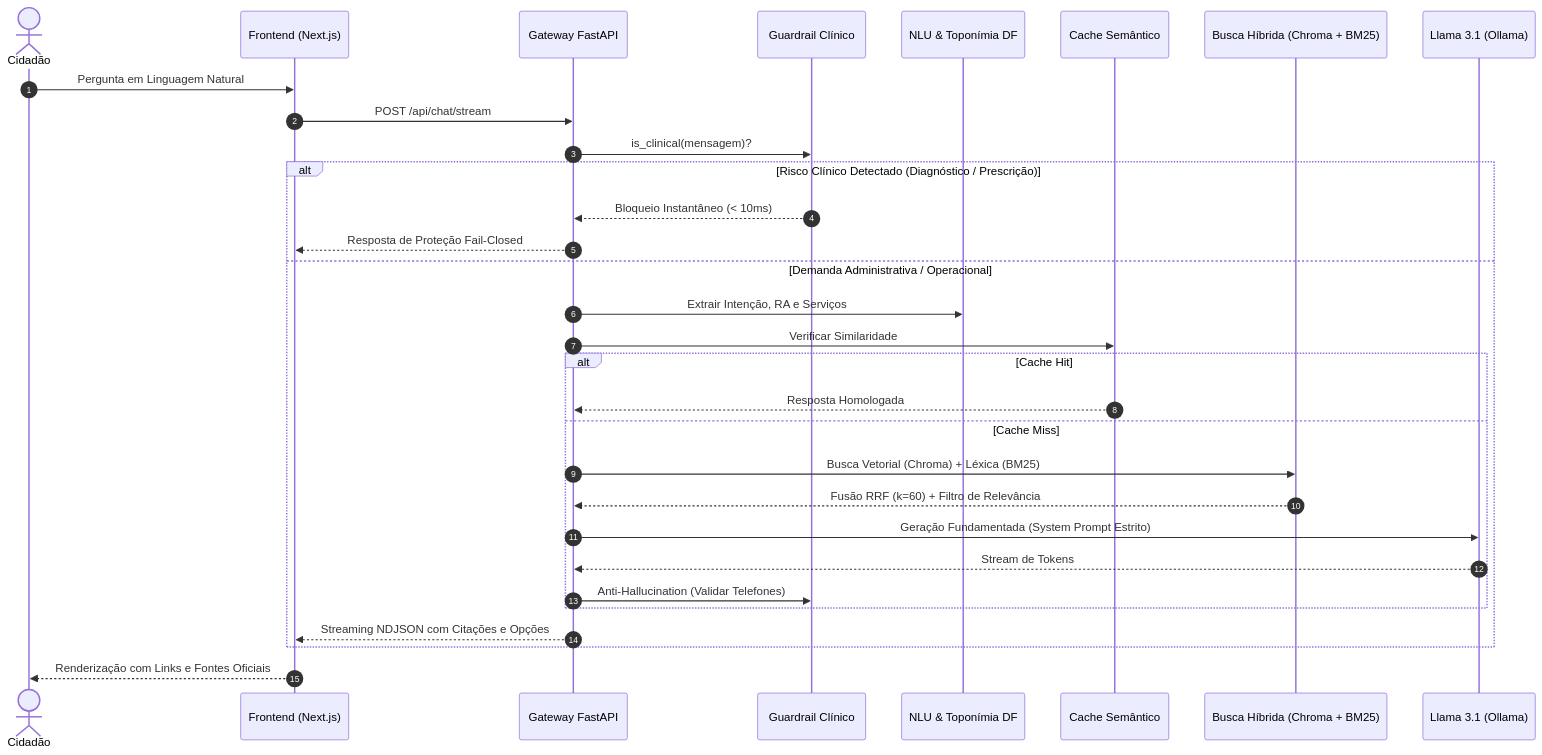
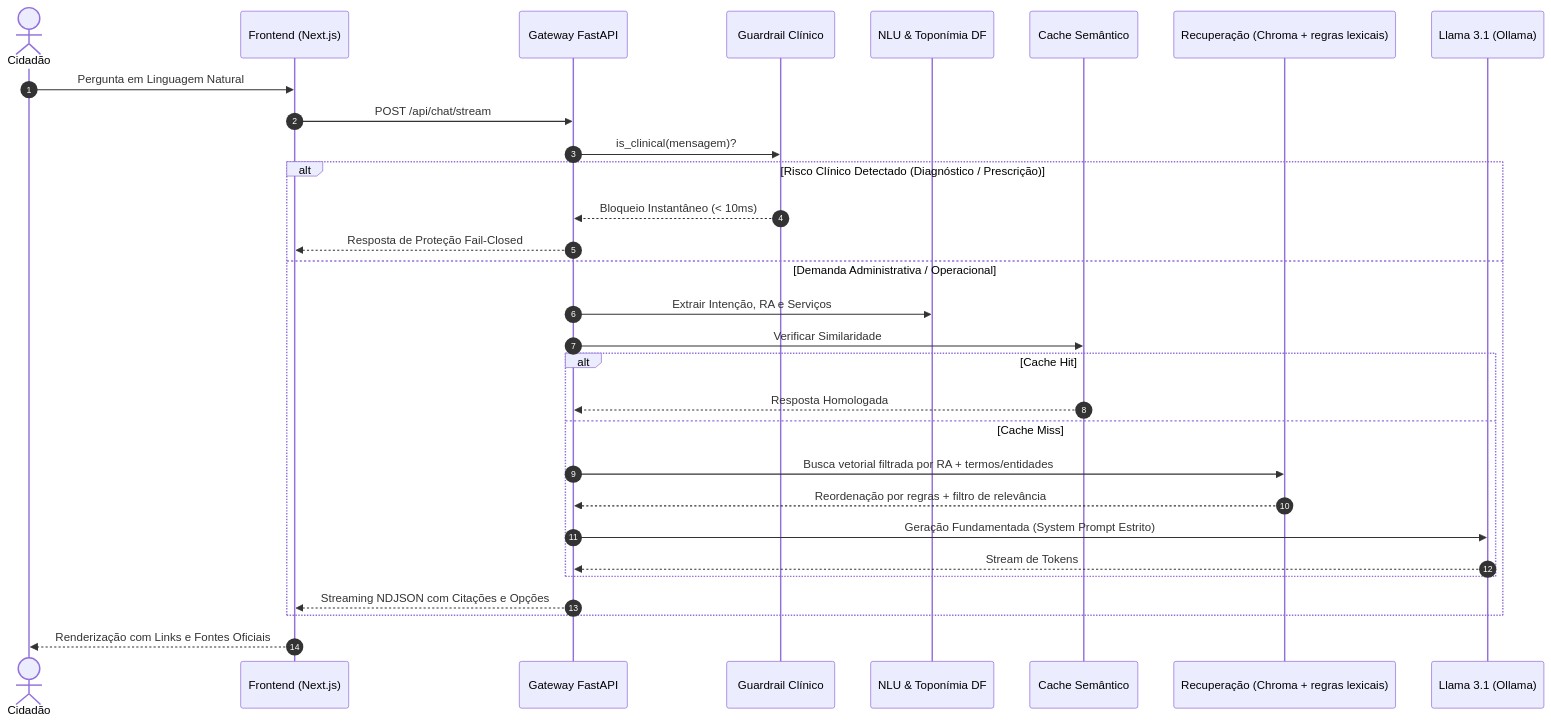
The diagram in modelo-ia-relatorio/relatorio_tecnico_ia.md (Andre-Atlas/SUSANNA-HEALTHCHECK), drawn with Mermaid before and after one commit. The commit also changed other lines of this file and 14 other files, not shown here.

````diff
--- a/modelo-ia-relatorio/relatorio_tecnico_ia.md
+++ b/modelo-ia-relatorio/relatorio_tecnico_ia.md
@@ -28,34 +30,33 @@
 ```mermaid
 sequenceDiagram
     autonumber
     actor Cidadão
     participant UI as Frontend (Next.js)
     participant API as Gateway FastAPI
     participant Guard as Guardrail Clínico
     participant NLU as NLU & Toponímia DF
     participant Cache as Cache Semântico
-    participant RAG as Busca Híbrida (Chroma + BM25)
+    participant RAG as Recuperação (Chroma + regras lexicais)
     participant LLM as Llama 3.1 (Ollama)
 
     Cidadão->>UI: Pergunta em Linguagem Natural
     UI->>API: POST /api/chat/stream
     API->>Guard: is_clinical(mensagem)?
     alt Risco Clínico Detectado (Diagnóstico / Prescrição)
         Guard-->>API: Bloqueio Instantâneo (< 10ms)
         API-->>UI: Resposta de Proteção Fail-Closed
     else Demanda Administrativa / Operacional
         API->>NLU: Extrair Intenção, RA e Serviços
         API->>Cache: Verificar Similaridade
         alt Cache Hit
             Cache-->>API: Resposta Homologada
         else Cache Miss
-            API->>RAG: Busca Vetorial (Chroma) + Léxica (BM25)
-            RAG-->>API: Fusão RRF (k=60) + Filtro de Relevância
+            API->>RAG: Busca vetorial filtrada por RA + termos/entidades
+            RAG-->>API: Reordenação por regras + filtro de relevância
             API->>LLM: Geração Fundamentada (System Prompt Estrito)
             LLM-->>API: Stream de Tokens
-            API->>Guard: Anti-Hallucination (Validar Telefones)
         end
         API-->>UI: Streaming NDJSON com Citações e Opções
     end
     UI-->>Cidadão: Renderização com Links e Fontes Oficiais
 ```
````
